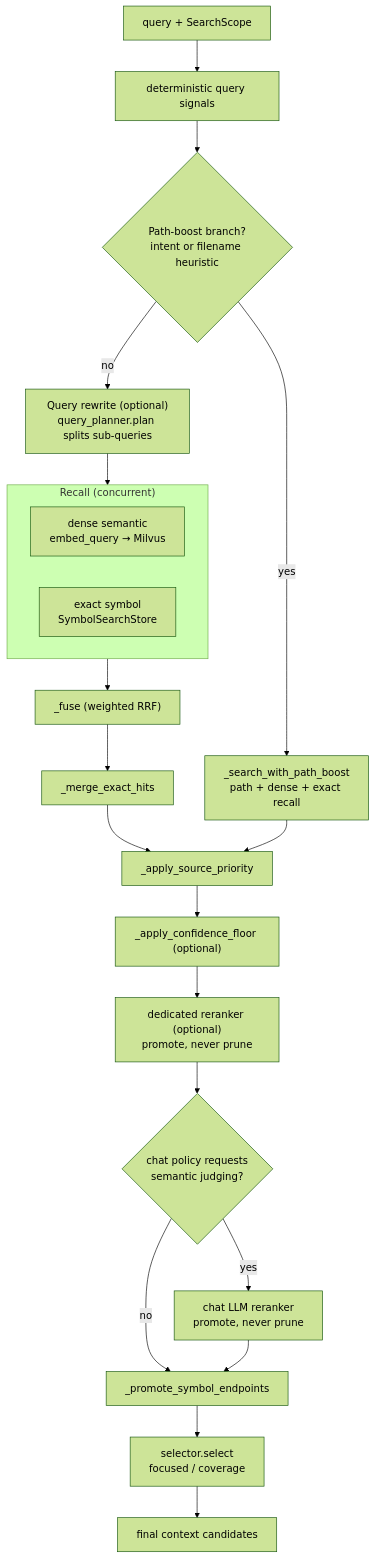
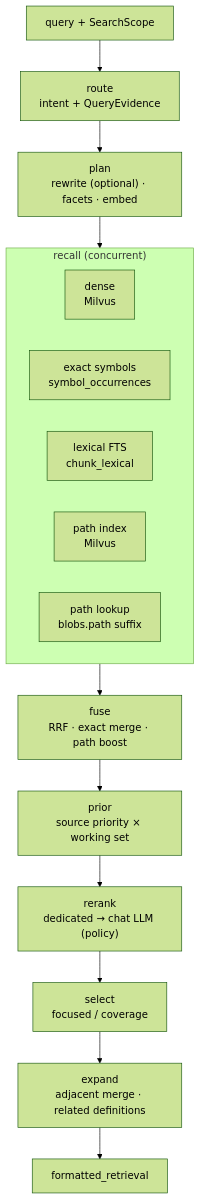
The second of 2 diagrams in README.md (JasonEX/oce), drawn with Mermaid (forest theme) before and after one commit. The commit also changed other lines of this file and 64 other files, not shown here.

First line of the commit message:
feat(retrieval): add structural and lexical evidence

````diff
--- a/README.md
+++ b/README.md
@@ -454,31 +478,20 @@
 ```mermaid
 flowchart TB
-    Q["query + SearchScope"]
-    Q --> Intent["deterministic query signals"]
-    Intent --> PathCheck{"Path-boost branch?<br/>intent or filename heuristic"}
-
-    PathCheck -->|yes| PathBoost["_search_with_path_boost<br/>path + dense + exact recall"]
-    PathCheck -->|no| Rewrite["Query rewrite (optional)<br/>query_planner.plan splits sub-queries"]
-
-    Rewrite --> Recall
-
-    subgraph Recall["Recall (concurrent)"]
+    Q["query + SearchScope"] --> Route["route<br/>intent + QueryEvidence"]
+    Route --> Plan["plan<br/>rewrite (optional) · facets · embed"]
+    Plan --> Recall
+    subgraph Recall["recall (concurrent)"]
         direction LR
-        Dense["dense semantic<br/>embed_query → Milvus"]
-        Exact["exact symbol<br/>SymbolSearchStore"]
+        Dense["dense<br/>Milvus"]
+        Exact["exact symbols<br/>symbol_occurrences"]
+        Lexical["lexical FTS<br/>chunk_lexical"]
+        PathIdx["path index<br/>Milvus"]
+        PathLookup["path lookup<br/>blobs.path suffix"]
     end
-
-    Recall --> Fuse["_fuse (weighted RRF)"]
-    Fuse --> Merge["_merge_exact_hits"]
-    Merge --> Source["_apply_source_priority"]
-    Source --> Floor["_apply_confidence_floor (optional)"]
-    Floor --> Rerank["dedicated reranker (optional)<br/>promote, never prune"]
-    Rerank --> Gate{"chat policy requests<br/>semantic judging?"}
-    Gate -->|yes| LLMRerank["chat LLM reranker<br/>promote, never prune"]
-    Gate -->|no| Promote
-    LLMRerank --> Promote["_promote_symbol_endpoints"]
-    Promote --> Select["selector.select<br/>focused / coverage"]
-
-    PathBoost --> Source
-    Select --> Out["final context candidates"]
+    Recall --> Fuse["fuse<br/>RRF · exact merge · path boost"]
+    Fuse --> Prior["prior<br/>source priority × working set"]
+    Prior --> Rerank["rerank<br/>dedicated → chat LLM (policy)"]
+    Rerank --> Select["select<br/>focused / coverage"]
+    Select --> Expand["expand<br/>adjacent merge · related definitions"]
+    Expand --> Out["formatted_retrieval"]
 ```
````
